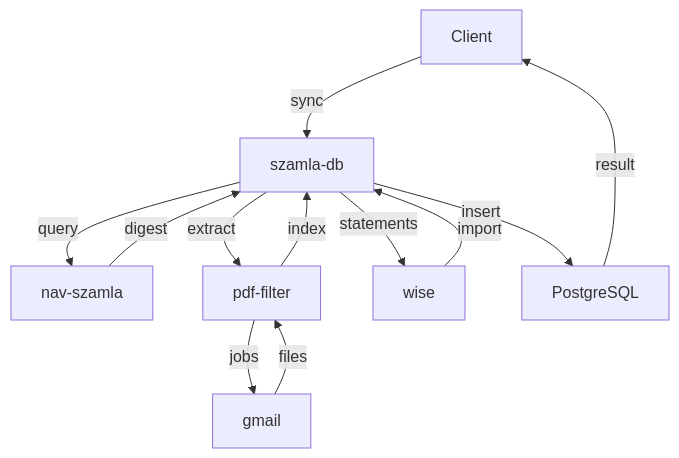
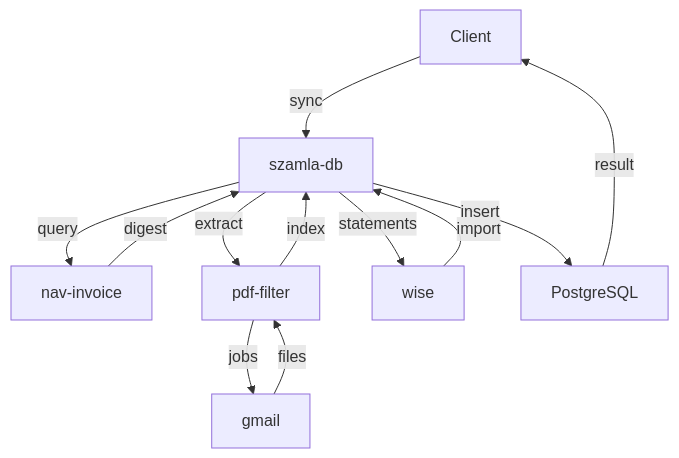
Before and after one commit to graphtrek/tiro: the diagram in moneypenny/INDEX.md, drawn with Mermaid. The commit also changed other lines of this file and 36 other files, not shown here.

Commit message:
renamed nav-szamle ti nav-invoice

````diff
--- a/moneypenny/INDEX.md
+++ b/moneypenny/INDEX.md
@@ -157,14 +157,14 @@
 ```mermaid
 flowchart TD
     C[Client] -->|sync| SD[szamla-db]
-    SD -->|query| NAV[nav-szamla]
+    SD -->|query| NAV[nav-invoice]
     NAV -->|digest| SD
     SD -->|extract| IFF[pdf-filter]
     IFF -->|jobs| AD[gmail]
     AD -->|files| IFF
     IFF -->|index| SD
     SD -->|statements| W[wise]
     W -->|import| SD
     SD -->|insert| DB[PostgreSQL]
     DB -->|result| C
 ```
````
